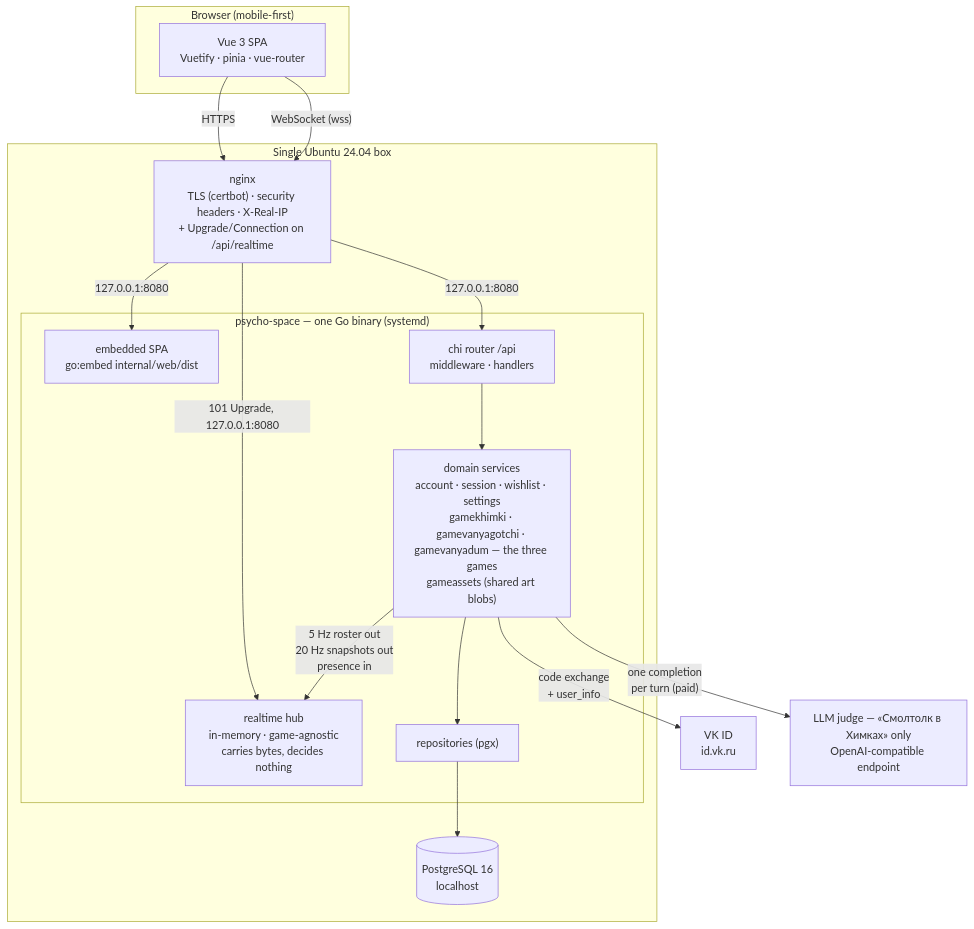
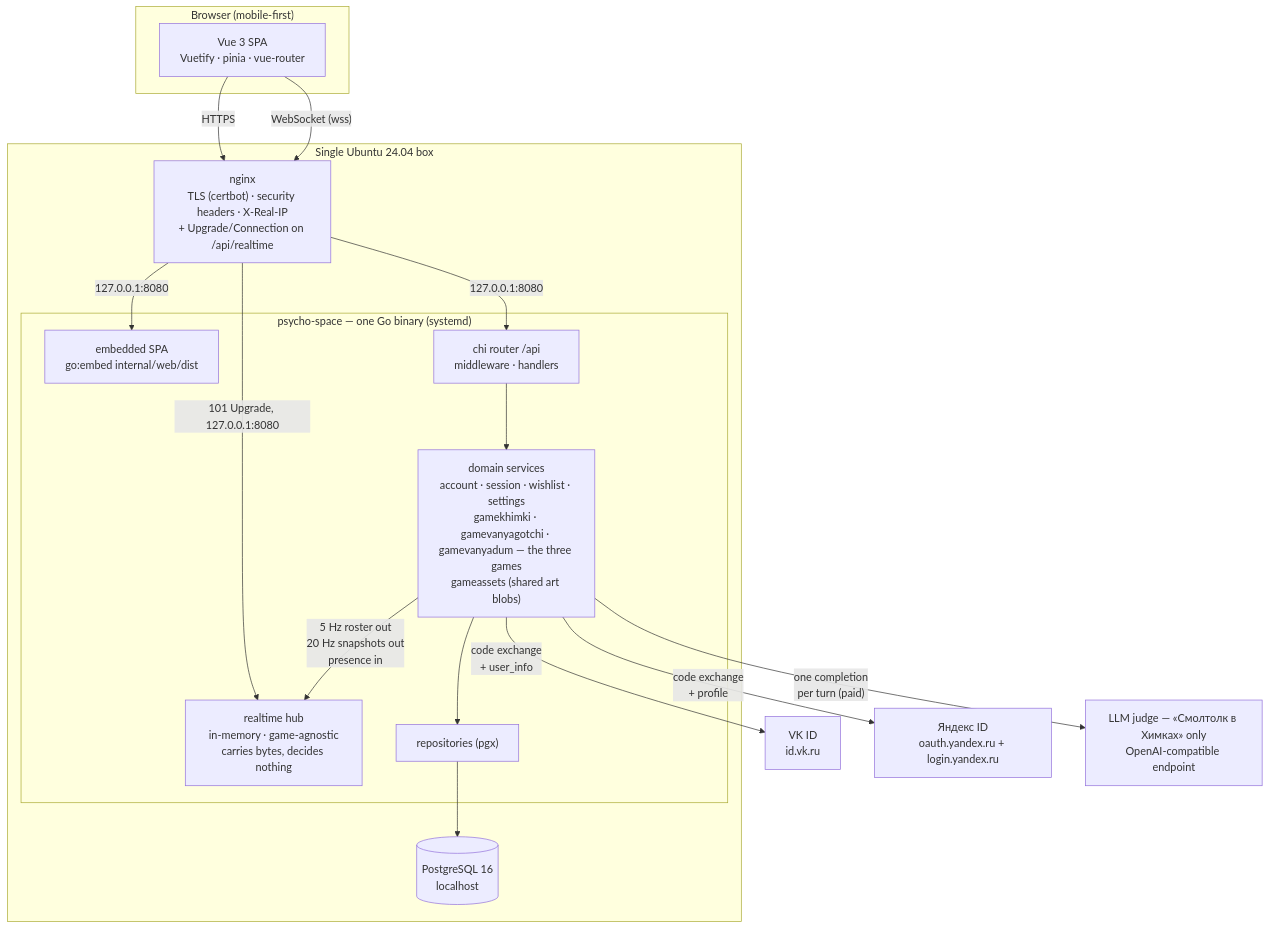
Before and after one commit to SergeyZSpb/psycho-space: the first of 12 diagrams in docs/ARCHITECTURE.md, drawn with Mermaid. The commit also changed other lines of this file and 76 other files, not shown here.

````diff
--- a/docs/ARCHITECTURE.md
+++ b/docs/ARCHITECTURE.md
@@ -23,31 +23,33 @@
 ```mermaid
 flowchart TB
     subgraph client["Browser (mobile-first)"]
         SPA["Vue 3 SPA<br/>Vuetify · pinia · vue-router"]
     end
 
     subgraph box["Single Ubuntu 24.04 box"]
         NGINX["nginx<br/>TLS (certbot) · security headers · X-Real-IP<br/>+ Upgrade/Connection on /api/realtime"]
         subgraph bin["psycho-space — one Go binary (systemd)"]
             EMBED["embedded SPA<br/>go:embed internal/web/dist"]
             API["chi router /api<br/>middleware · handlers"]
             HUB["realtime hub<br/>in-memory · game-agnostic<br/>carries bytes, decides nothing"]
             DOM["domain services<br/>account · session · wishlist · settings<br/>gamekhimki · gamevanyagotchi · gamevanyadum — the three games<br/>gameassets (shared art blobs)"]
             REPO["repositories (pgx)"]
         end
         PG[("PostgreSQL 16<br/>localhost")]
     end
 
     VK["VK ID<br/>id.vk.ru"]
+    YA["Яндекс ID<br/>oauth.yandex.ru + login.yandex.ru"]
     LLM["LLM judge — «Смолтолк в Химках» only<br/>OpenAI-compatible endpoint"]
 
     SPA -- HTTPS --> NGINX
     SPA -- "WebSocket (wss)" --> NGINX
     NGINX -- "127.0.0.1:8080" --> EMBED
     NGINX -- "127.0.0.1:8080" --> API
     NGINX -- "101 Upgrade, 127.0.0.1:8080" --> HUB
     API --> DOM --> REPO --> PG
     DOM -- "5 Hz roster out<br/>20 Hz snapshots out<br/>presence in" --> HUB
     DOM -- "code exchange<br/>+ user_info" --> VK
+    DOM -- "code exchange<br/>+ profile" --> YA
     DOM -- "one completion<br/>per turn (paid)" --> LLM
 ```
````
